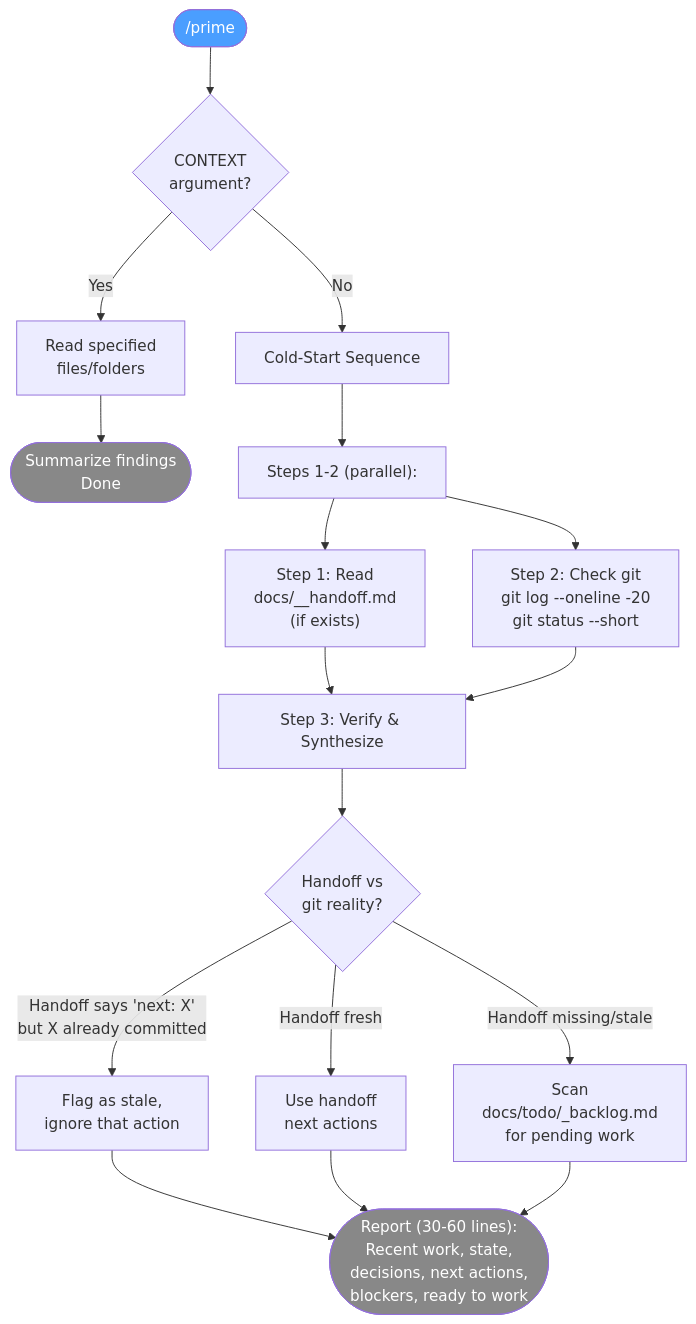
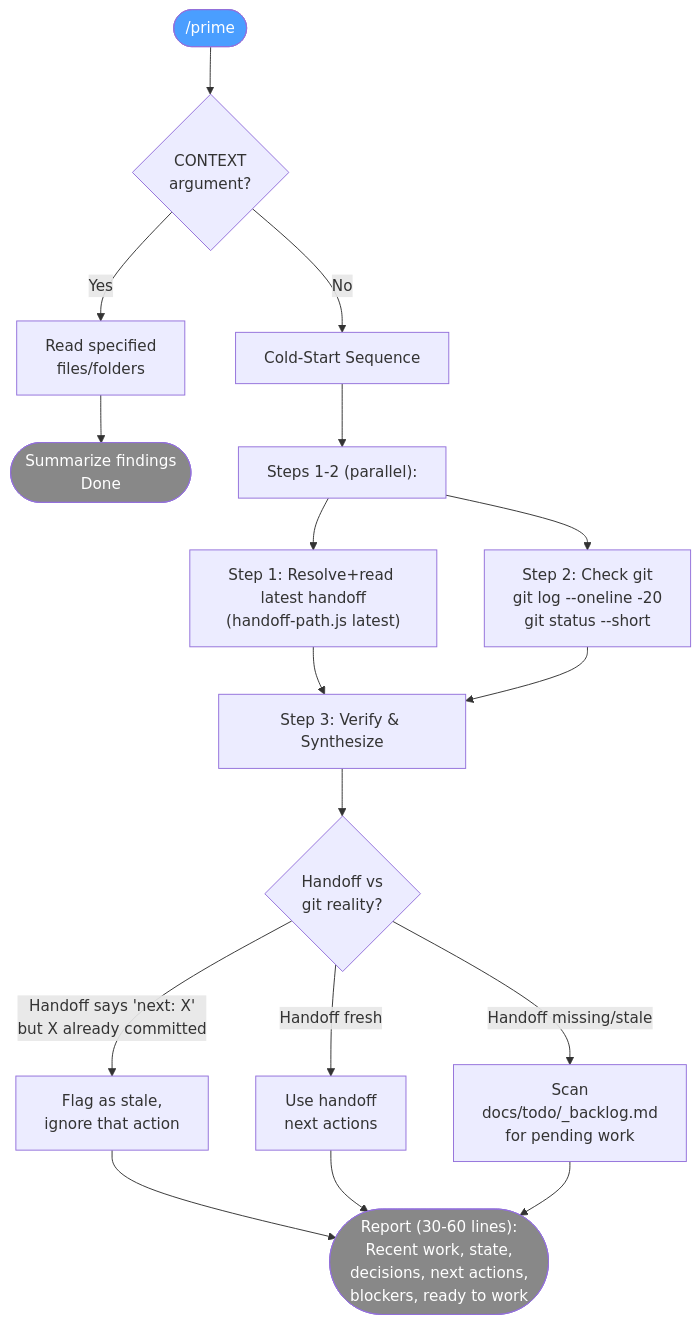
Before and after one commit to Domdhi/Agents.Domdhi: diagram 13 of 37 in docs/reference/commands.md, drawn with Mermaid. The commit also changed other lines of this file and 10 other files, not shown here.

````diff
--- a/docs/reference/commands.md
+++ b/docs/reference/commands.md
@@ -646,33 +646,33 @@
 ```mermaid
 flowchart TD
     START(["/prime"]) --> CTX{CONTEXT\nargument?}
 
     CTX -->|Yes| READ_CTX["Read specified\nfiles/folders"]
     READ_CTX --> SUMMARIZE(["Summarize findings\nDone"])
 
     CTX -->|No| COLD["Cold-Start Sequence"]
 
     COLD --> PAR["Steps 1-2 (parallel):"]
-    PAR --> S1["Step 1: Read\ndocs/__handoff.md\n(if exists)"]
+    PAR --> S1["Step 1: Resolve+read latest handoff\n(handoff-path.js latest)"]
     PAR --> S2["Step 2: Check git\ngit log --oneline -20\ngit status --short"]
 
     S1 --> S3
     S2 --> S3
 
     S3["Step 3: Verify & Synthesize"]
 
     S3 --> COMPARE{Handoff vs\ngit reality?}
     COMPARE -->|Handoff says 'next: X'\nbut X already committed| STALE[Flag as stale,\nignore that action]
     COMPARE -->|Handoff fresh| USE_HANDOFF[Use handoff\nnext actions]
     COMPARE -->|Handoff missing/stale| SCAN["Scan\ndocs/todo/_backlog.md\nfor pending work"]
 
     STALE --> REPORT
     USE_HANDOFF --> REPORT
     SCAN --> REPORT
 
     REPORT(["Report (30-60 lines):\nRecent work, state,\ndecisions, next actions,\nblockers, ready to work"])
 
     style START fill:#4a9eff,color:#fff
     style SUMMARIZE fill:#888,color:#fff
     style REPORT fill:#888,color:#fff
 ```
````
